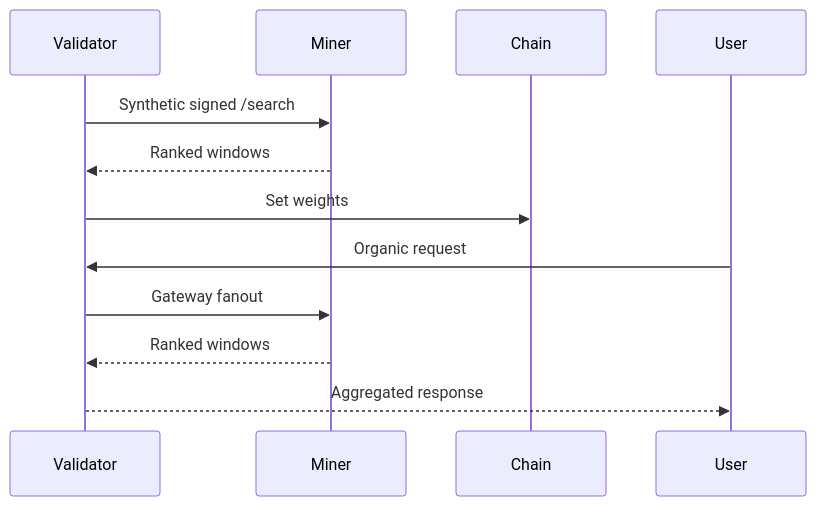
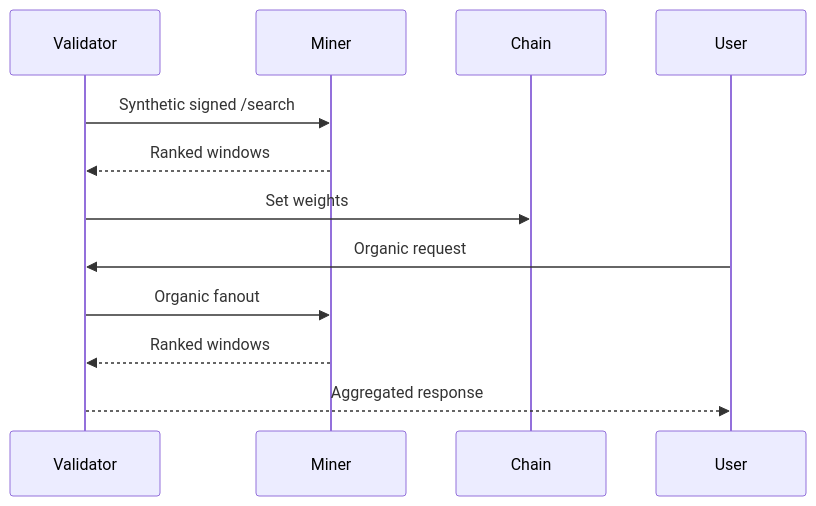
One commit to chronoseek/bittensor-subnet changed the first of 2 diagrams in docs/DESIGN.md. Above: the diagram before and after it, drawn with Mermaid. The commit also changed other lines of this file and 28 other files, not shown here.

````diff
--- a/docs/DESIGN.md
+++ b/docs/DESIGN.md
@@ -83,16 +84,16 @@
 ```mermaid
 sequenceDiagram
     participant V as Validator
     participant M as Miner
     participant C as Chain
     participant U as User
 
     V->>M: Synthetic signed /search
     M-->>V: Ranked windows
     V->>C: Set weights
 
     U->>V: Organic request
-    V->>M: Gateway fanout
+    V->>M: Organic fanout
     M-->>V: Ranked windows
     V-->>U: Aggregated response
 ```
````
